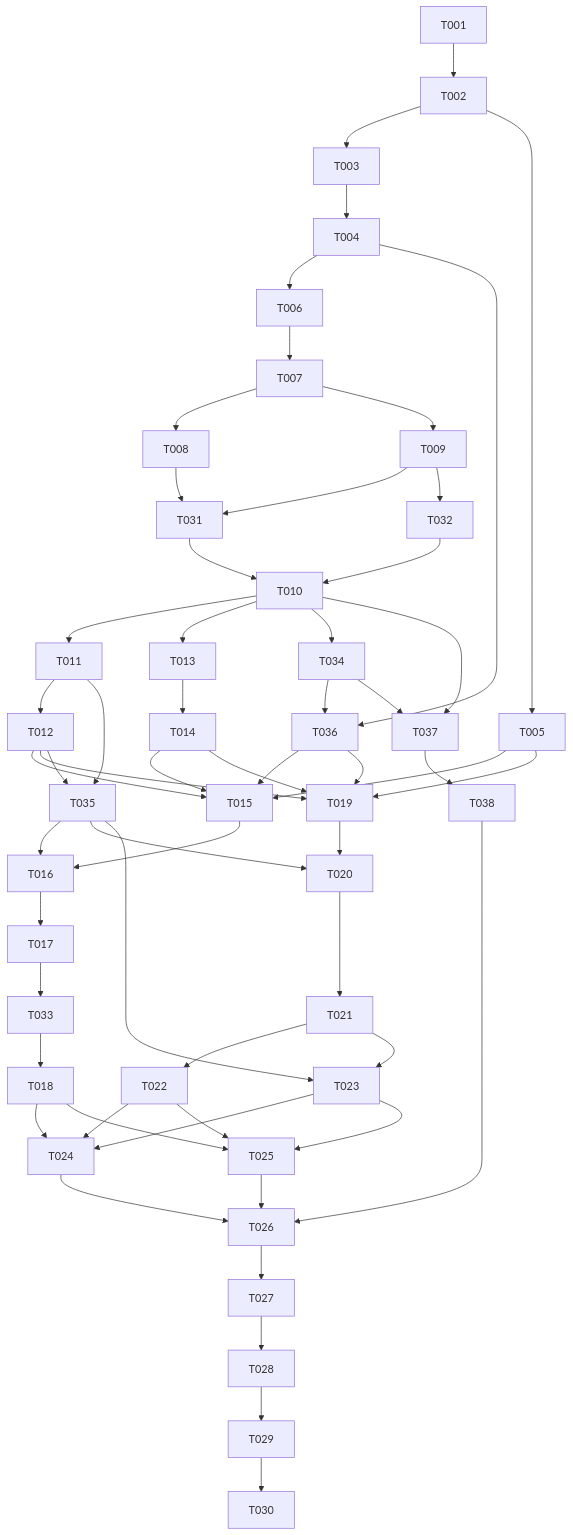
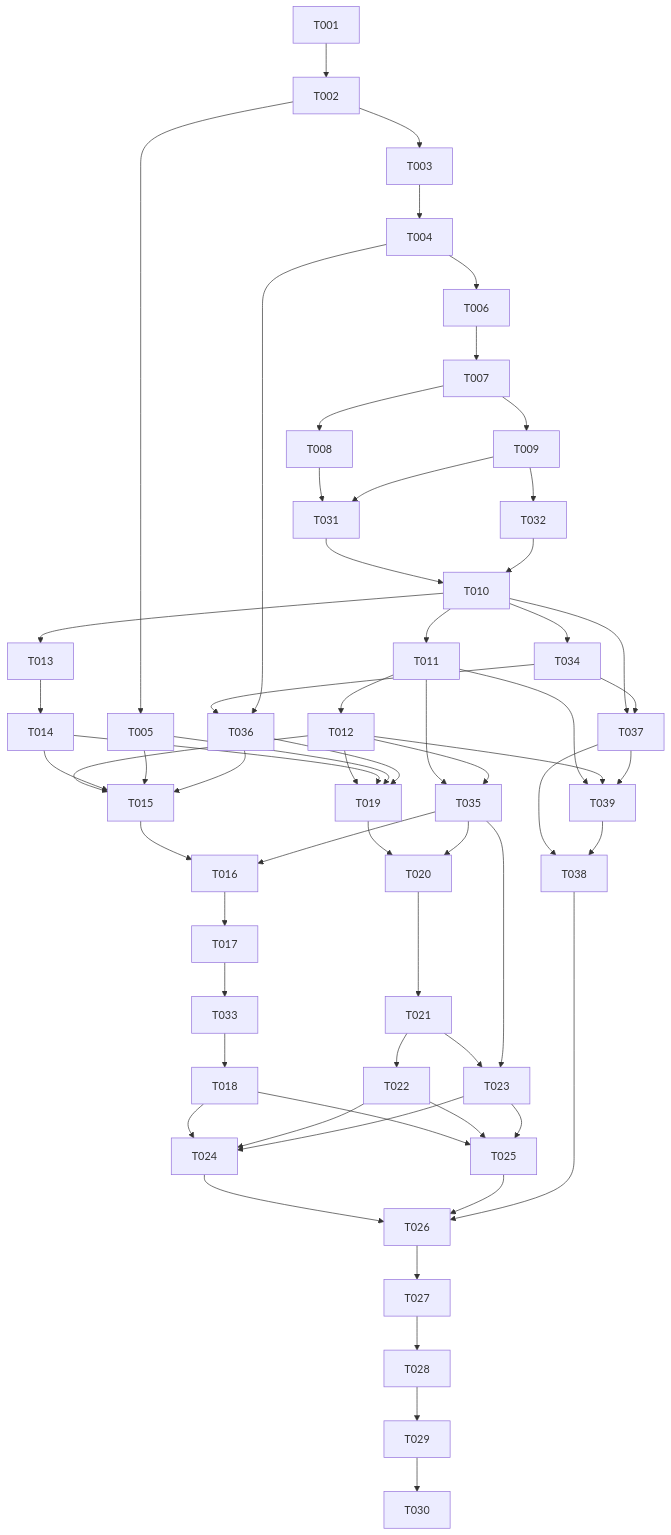
One commit to ronronner02/multi-agent changed the diagram in docs/tasks/2026-10-13-001-feat-multi-agent-team-tasks.md. Above: the diagram before and after it, drawn with Mermaid. The commit also changed other lines of this file and 2 other files, not shown here.

````diff
--- a/docs/tasks/2026-10-13-001-feat-multi-agent-team-tasks.md
+++ b/docs/tasks/2026-10-13-001-feat-multi-agent-team-tasks.md
@@ -118,47 +118,51 @@
 ```mermaid
 flowchart TD
   T001 --> T002
   T002 --> T003 --> T004 --> T006 --> T007
   T002 --> T005
   T007 --> T008
   T007 --> T009
   T008 --> T031
   T009 --> T031
   T009 --> T032
   T031 --> T010
   T032 --> T010
   T010 --> T011 --> T012
   T010 --> T013 --> T014
   T012 --> T015
   T014 --> T015
   T005 --> T015
   T015 --> T016 --> T017 --> T033 --> T018
   T012 --> T019
   T014 --> T019
   T005 --> T019
   T019 --> T020 --> T021
   T021 --> T022
   T021 --> T023
   T018 --> T024
   T022 --> T024
   T023 --> T024
   T018 --> T025
   T022 --> T025
   T023 --> T025
   T024 --> T026
   T025 --> T026
   T010 --> T034 --> T036
   T010 --> T037
   T034 --> T037
   T037 --> T038
+  T011 --> T039
+  T012 --> T039
+  T037 --> T039
+  T039 --> T038
   T038 --> T026
   T004 --> T036
   T036 --> T015
   T036 --> T019
   T011 --> T035
   T012 --> T035
   T035 --> T016
   T035 --> T020
   T035 --> T023
   T026 --> T027 --> T028 --> T029 --> T030
 ```
````
